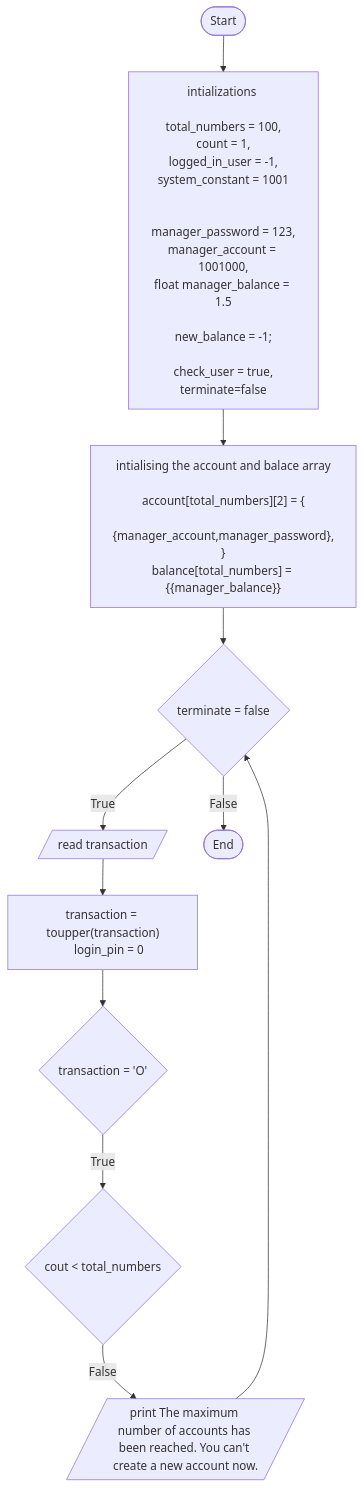
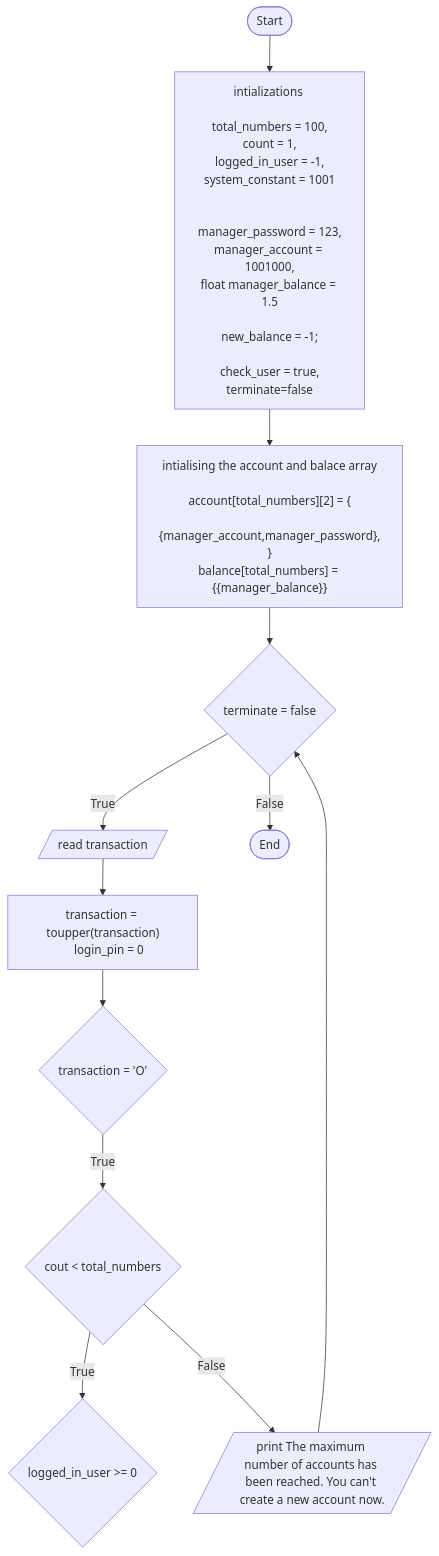
Before and after one commit to Ludis-ET/Bank-Account: the diagram in FoP I/flowchart.md, drawn with Mermaid.

````diff
--- a/FoP I/flowchart.md
+++ b/FoP I/flowchart.md
@@ -1,51 +1,60 @@
 ```mermaid
     flowchart TD;
     A([Start])-->B["
     intializations 
 
     total_numbers = 100,
     count = 1,
     logged_in_user = -1,
     system_constant = 1001
 
 
     manager_password = 123,
     manager_account = 1001000,
     float manager_balance = 1.5
     
     new_balance = -1;
 
     check_user = true,
     terminate=false
     
     "];
 
 
     B-->C["
     
     intialising the account and balace array
 
     account[total_numbers][2] = {
         {manager_account,manager_password},
     }
     balance[total_numbers] = {{manager_balance}}
 
     "];
 
 
     C-->D{terminate = false}
+
     D -->|True| E[/read transaction/]
+
     D -->|False| E1([End]);
+
     E -->F["
         transaction = toupper(transaction)
         login_pin = 0
     "]
+
     F --> G{transaction = 'O'}
+
     G --> |True| H{cout < total_numbers}
+
+    H --> |True| I{logged_in_user >= 0}
+
     H --> |False| I1[/ print The maximum number of accounts has been reached. You can't create a new account now. /]
+
     I1 --> D
 
 
 
     
 ```
````
